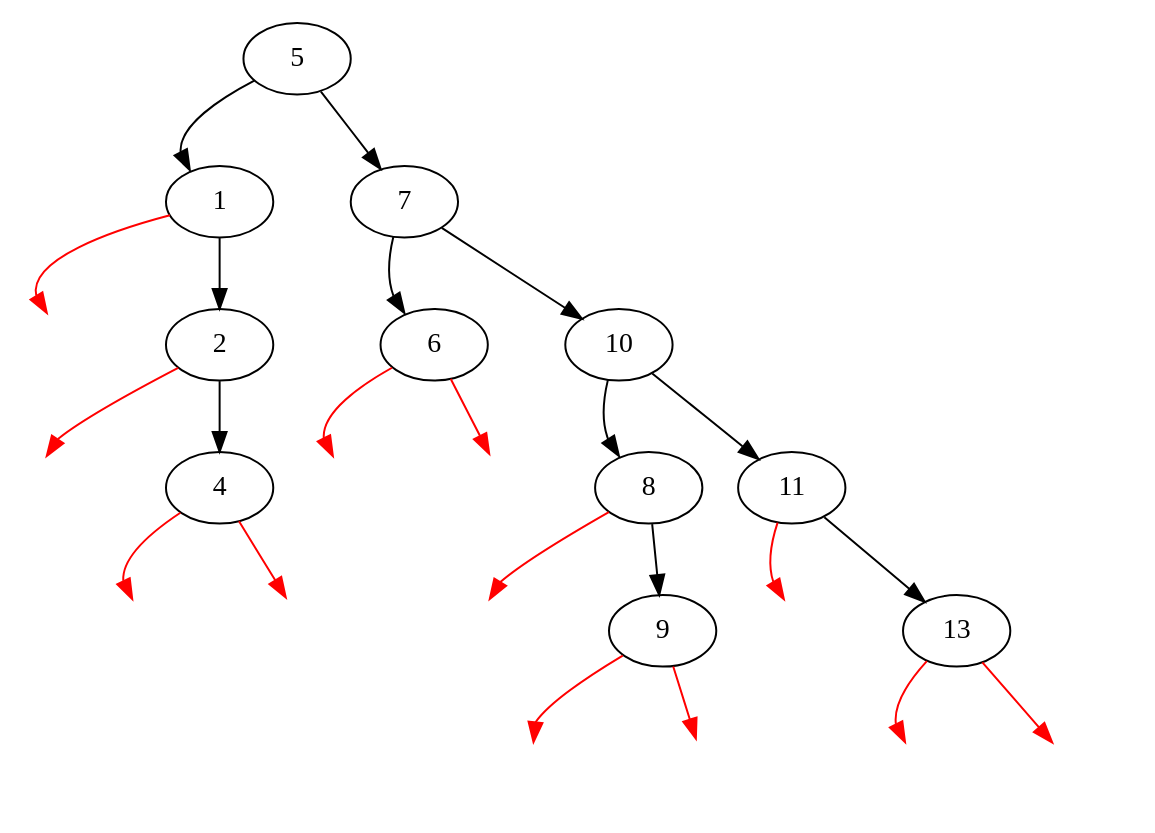
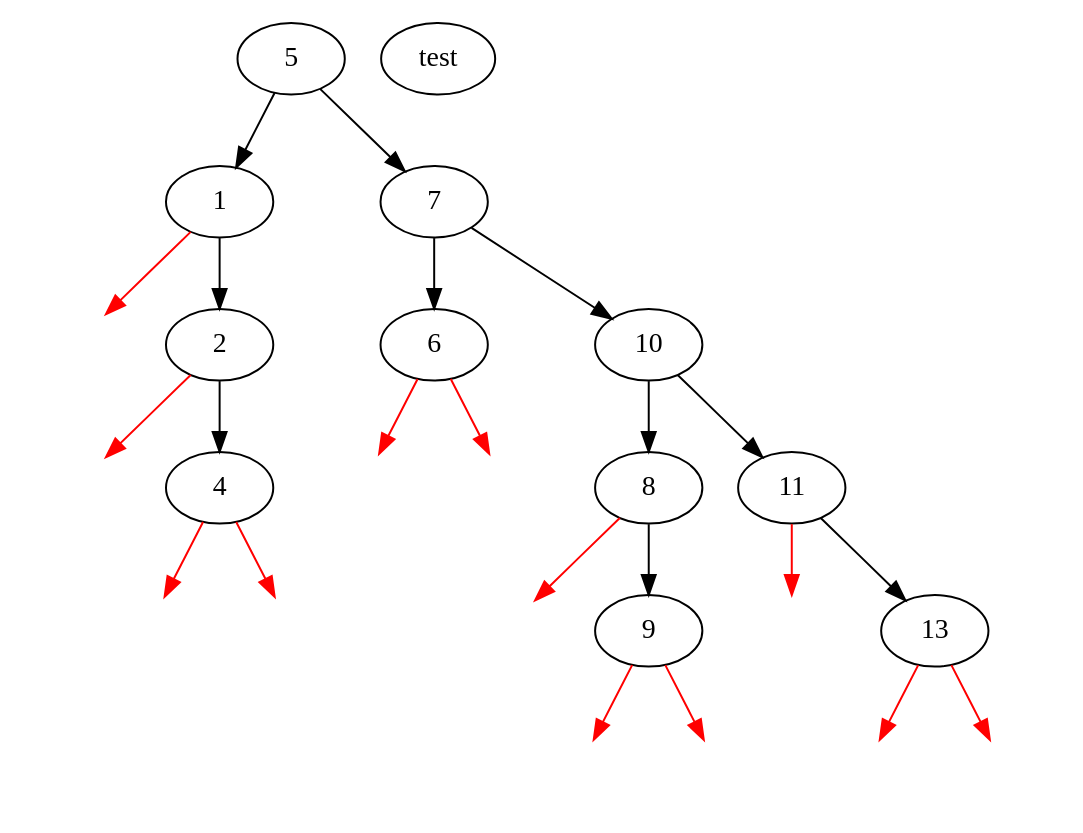
The diagram in Digraph.gv (guarim/qcm-construction), drawn with Graphviz before and after one commit. The commit also changed 5 other files, not shown here.

```diff
--- a/Digraph.gv
+++ b/Digraph.gv
@@ -1,47 +1,49 @@
 digraph {
+	graph [rankdir=TD]
 	5 [label=5]
 	1 [label=1]
 	V0 [label="" color="#FF00000"]
 	2 [label=2]
 	V1 [label="" color="#FF00000"]
 	4 [label=4]
 	V2 [label="" color="#FF00000"]
 	V3 [label="" color="#FF00000"]
 	7 [label=7]
 	6 [label=6]
 	V4 [label="" color="#FF00000"]
 	V5 [label="" color="#FF00000"]
 	10 [label=10]
 	8 [label=8]
 	V6 [label="" color="#FF00000"]
 	9 [label=9]
 	V7 [label="" color="#FF00000"]
 	V8 [label="" color="#FF00000"]
 	11 [label=11]
 	V9 [label="" color="#FF00000"]
 	13 [label=13]
 	V10 [label="" color="#FF00000"]
 	V11 [label="" color="#FF00000"]
-	5 -> 1:nw
-	1 -> V0:nw [color="#FF0000"]
+	t [label=test pos="5,5!"]
+	5 -> 1
+	1 -> V0 [color="#FF0000"]
 	1 -> 2
-	2 -> V1:nw [color="#FF0000"]
+	2 -> V1 [color="#FF0000"]
 	2 -> 4
-	4 -> V2:nw [color="#FF0000"]
+	4 -> V2 [color="#FF0000"]
 	4 -> V3 [color="#FF0000"]
 	5 -> 7
-	7 -> 6:nw
-	6 -> V4:nw [color="#FF0000"]
+	7 -> 6
+	6 -> V4 [color="#FF0000"]
 	6 -> V5 [color="#FF0000"]
 	7 -> 10
-	10 -> 8:nw
-	8 -> V6:nw [color="#FF0000"]
+	10 -> 8
+	8 -> V6 [color="#FF0000"]
 	8 -> 9
-	9 -> V7:nw [color="#FF0000"]
+	9 -> V7 [color="#FF0000"]
 	9 -> V8 [color="#FF0000"]
 	10 -> 11
-	11 -> V9:nw [color="#FF0000"]
+	11 -> V9 [color="#FF0000"]
 	11 -> 13
-	13 -> V10:nw [color="#FF0000"]
+	13 -> V10 [color="#FF0000"]
 	13 -> V11 [color="#FF0000"]
 }
```
